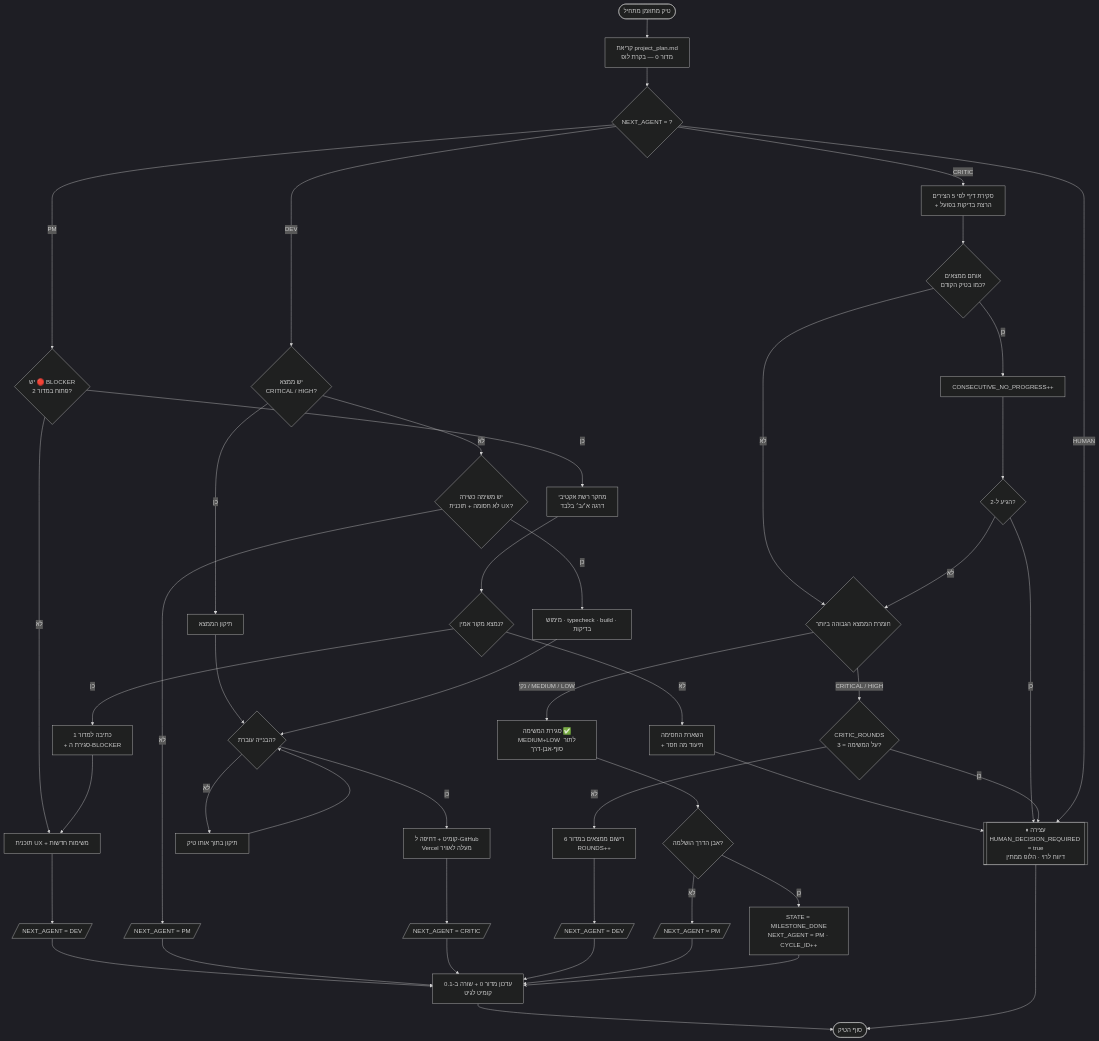
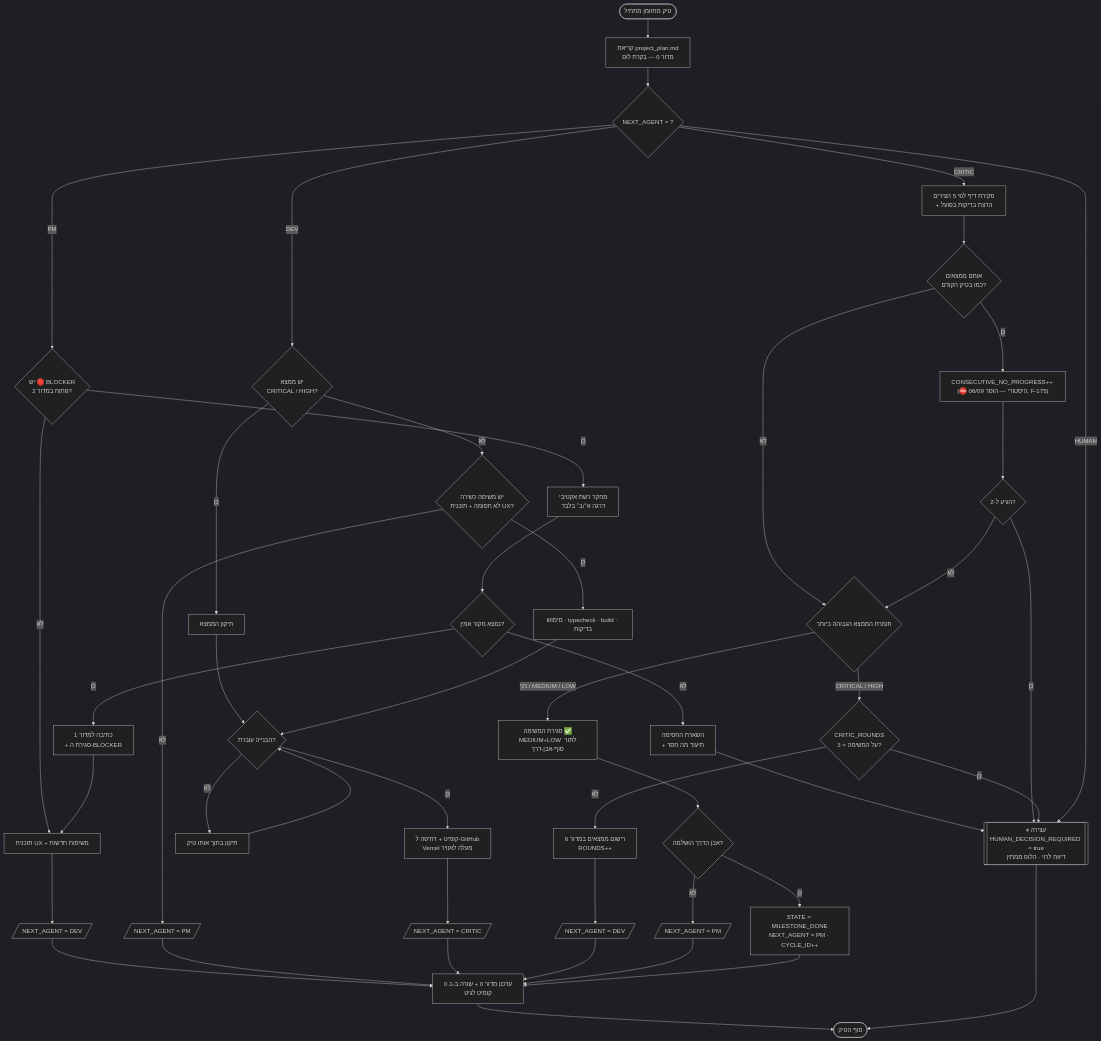
Before and after one commit to roygindi2-design/English-web: the diagram in docs/AGENT_BLUEPRINT.md, drawn with Mermaid (dark theme). The commit also changed other lines of this file and 13 other files, not shown here.

````diff
--- a/docs/AGENT_BLUEPRINT.md
+++ b/docs/AGENT_BLUEPRINT.md
@@ -281,54 +286,54 @@
 ```mermaid
 flowchart TD
     START([טיק מתוזמן מתחיל]) --> READ[קריאת project_plan.md<br/>מדור 0 — בקרת לופ]
     READ --> GATE{NEXT_AGENT = ?}
 
     GATE -->|PM| PM_BLOCK{יש 🔴 BLOCKER<br/>פתוח במדור 2?}
     PM_BLOCK -->|כן| PM_RESEARCH[מחקר רשת אקטיבי<br/>דרגה א׳/ב׳ בלבד]
     PM_BLOCK -->|לא| PM_PLAN[תוכנית UX + משימות חדשות]
     PM_RESEARCH --> PM_FOUND{נמצא מקור אמין?}
     PM_FOUND -->|כן| PM_WRITE[כתיבה למדור 1<br/>+ סגירת ה-BLOCKER]
     PM_FOUND -->|לא| PM_ESC[השארת החסימה<br/>+ תיעוד מה חסר]
     PM_WRITE --> PM_PLAN
     PM_ESC --> HUMAN
     PM_PLAN --> TO_DEV[/NEXT_AGENT = DEV/]
 
     GATE -->|DEV| DEV_PICK{יש ממצא<br/>CRITICAL / HIGH?}
     DEV_PICK -->|כן| DEV_FIX[תיקון הממצא]
     DEV_PICK -->|לא| DEV_TASK{יש משימה כשירה<br/>לא חסומה + תוכנית UX?}
     DEV_TASK -->|לא| TO_PM[/NEXT_AGENT = PM/]
     DEV_TASK -->|כן| DEV_BUILD[מימוש · typecheck · build · בדיקות]
     DEV_FIX --> DEV_VERIFY{הבנייה עוברת?}
     DEV_BUILD --> DEV_VERIFY
     DEV_VERIFY -->|לא| DEV_RETRY[תיקון בתוך אותו טיק]
     DEV_RETRY --> DEV_VERIFY
     DEV_VERIFY -->|כן| DEV_PUSH[קומיט + דחיפה ל-GitHub<br/>Vercel מעלה לאוויר]
     DEV_PUSH --> TO_CRITIC[/NEXT_AGENT = CRITIC/]
 
     GATE -->|CRITIC| CR_REVIEW[סקירת דיף לפי 5 הצירים<br/>+ הרצת בדיקות בפועל]
     CR_REVIEW --> CR_SAME{אותם ממצאים<br/>כמו בטיק הקודם?}
-    CR_SAME -->|כן| CR_NP[CONSECUTIVE_NO_PROGRESS++]
+    CR_SAME -->|כן| CR_NP["CONSECUTIVE_NO_PROGRESS++ (⛔ היסטורי — הוסר 06/09, F-175)"]
     CR_SAME -->|לא| CR_SEV{חומרת הממצא הגבוהה ביותר}
     CR_NP --> CR_NPCHK{הגיע ל-2?}
     CR_NPCHK -->|כן| HUMAN
     CR_NPCHK -->|לא| CR_SEV
     CR_SEV -->|CRITICAL / HIGH| CR_ROUNDS{CRITIC_ROUNDS<br/>על המשימה = 3?}
     CR_SEV -->|נקי / MEDIUM / LOW| CR_CLOSE[סגירת המשימה ✅<br/>MEDIUM+LOW לתור סוף-אבן-דרך]
     CR_ROUNDS -->|כן| HUMAN
     CR_ROUNDS -->|לא| CR_BACK[רישום ממצאים במדור 6<br/>ROUNDS++]
     CR_BACK --> TO_DEV2[/NEXT_AGENT = DEV/]
     CR_CLOSE --> CR_MS{אבן הדרך הושלמה?}
     CR_MS -->|כן| MS[STATE = MILESTONE_DONE<br/>NEXT_AGENT = PM · CYCLE_ID++]
     CR_MS -->|לא| TO_PM2[/NEXT_AGENT = PM/]
 
     GATE -->|HUMAN| HUMAN[[⏸ עצירה<br/>HUMAN_DECISION_REQUIRED = true<br/>דיווח לרוי · הלופ ממתין]]
 
     TO_DEV --> COMMIT
     TO_PM --> COMMIT
     TO_CRITIC --> COMMIT
     TO_DEV2 --> COMMIT
     TO_PM2 --> COMMIT
     MS --> COMMIT
     COMMIT[עדכון מדור 0 + שורה ב-0.1<br/>קומיט לגיט] --> END([סוף הטיק])
     HUMAN --> END
 ```
````
